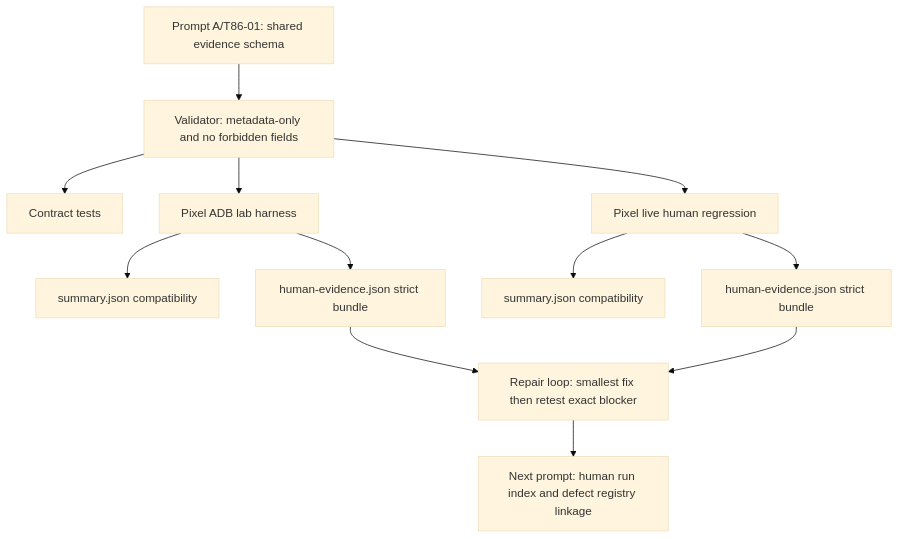
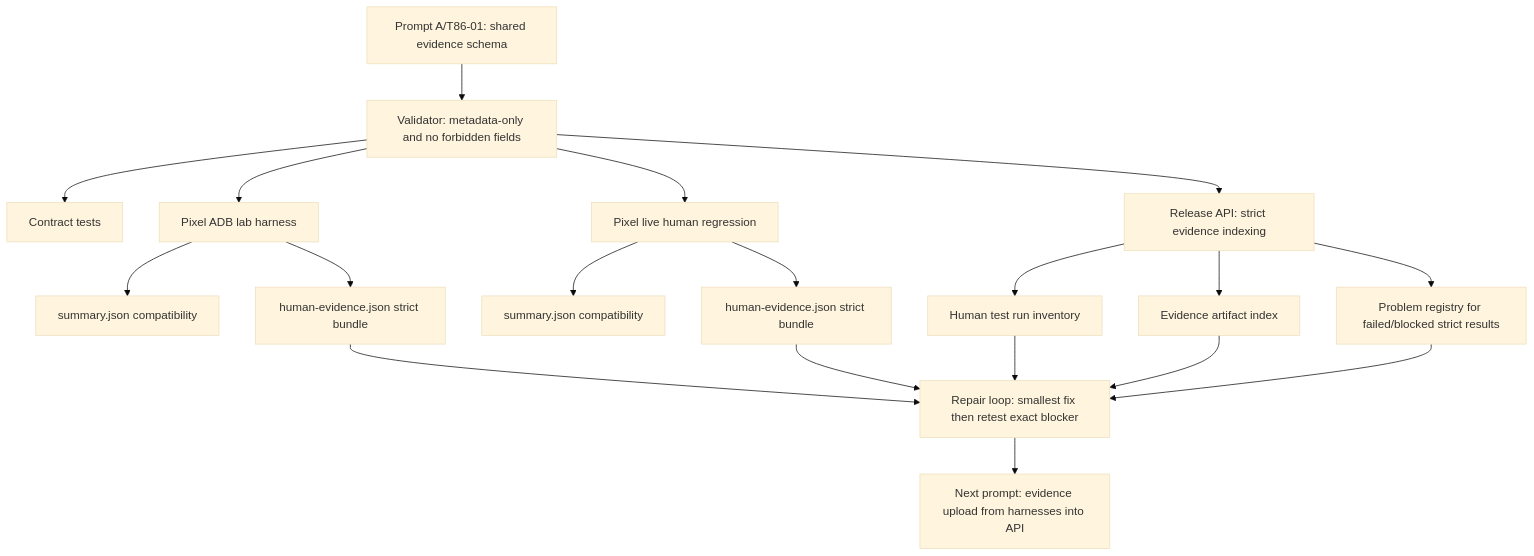
Before and after one commit to officemexel-hash/sylion_secure: the diagram in docs/admin-panel-v2/120-step3-86-implementation-freeze-human-evidence-contract.md, drawn with Mermaid (base theme). The commit also changed other lines of this file and 33 other files, not shown here.

````diff
--- a/docs/admin-panel-v2/120-step3-86-implementation-freeze-human-evidence-contract.md
+++ b/docs/admin-panel-v2/120-step3-86-implementation-freeze-human-evidence-contract.md
@@ -53,14 +63,21 @@
 ```mermaid
 flowchart TD
   A["Prompt A/T86-01: shared evidence schema"] --> B["Validator: metadata-only and no forbidden fields"]
   B --> C["Contract tests"]
   B --> D["Pixel ADB lab harness"]
   B --> E["Pixel live human regression"]
+  B --> L["Release API: strict evidence indexing"]
   D --> F["summary.json compatibility"]
   D --> G["human-evidence.json strict bundle"]
   E --> H["summary.json compatibility"]
   E --> I["human-evidence.json strict bundle"]
+  L --> M["Human test run inventory"]
+  L --> N["Evidence artifact index"]
+  L --> O["Problem registry for failed/blocked strict results"]
   G --> J["Repair loop: smallest fix then retest exact blocker"]
   I --> J
-  J --> K["Next prompt: human run index and defect registry linkage"]
+  M --> J
+  N --> J
+  O --> J
+  J --> K["Next prompt: evidence upload from harnesses into API"]
 ```
````
